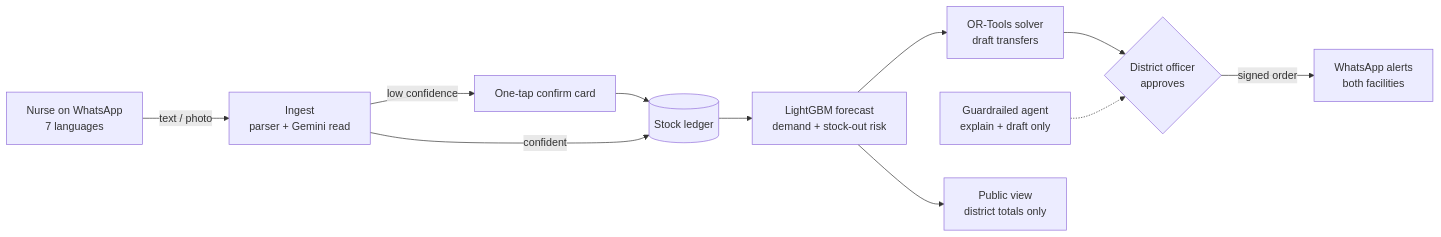
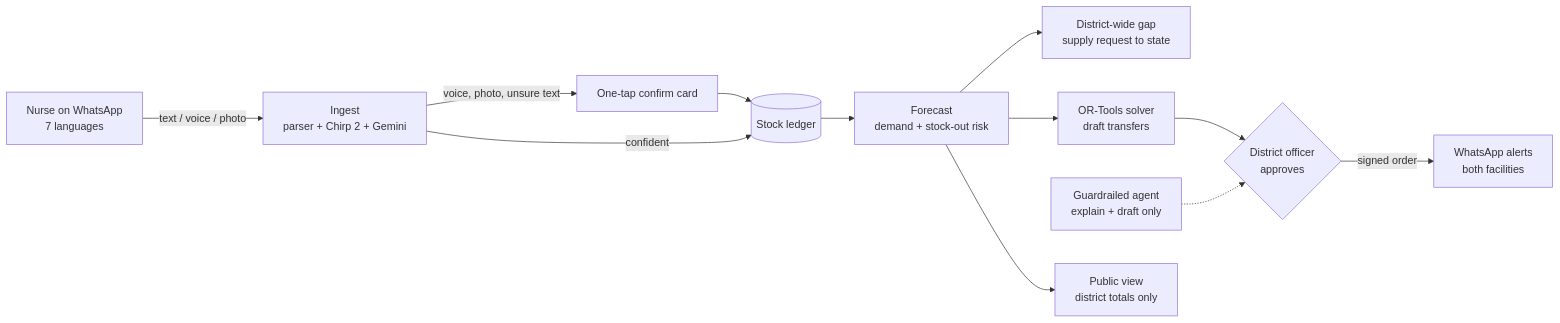
One commit to akshat333-debug/AushadhiNet changed the diagram in README.md. Above: the diagram before and after it, drawn with Mermaid. The commit also changed other lines of this file and 13 other files, not shown here.

````diff
--- a/README.md
+++ b/README.md
@@ -53,13 +53,14 @@
 ```mermaid
 flowchart LR
-  N[Nurse on WhatsApp<br/>7 languages] -->|text / photo| I[Ingest<br/>parser + Gemini read]
-  I -->|low confidence| C[One-tap confirm card]
+  N[Nurse on WhatsApp<br/>7 languages] -->|text / voice / photo| I[Ingest<br/>parser + Chirp 2 + Gemini]
+  I -->|voice, photo, unsure text| C[One-tap confirm card]
   C --> L[(Stock ledger)]
   I -->|confident| L
-  L --> F[LightGBM forecast<br/>demand + stock-out risk]
+  L --> F[Forecast<br/>demand + stock-out risk]
+  F --> E[District-wide gap<br/>supply request to state]
   F --> O[OR-Tools solver<br/>draft transfers]
   O --> A{District officer<br/>approves}
   G[Guardrailed agent<br/>explain + draft only] -.-> A
   A -->|signed order| W[WhatsApp alerts<br/>both facilities]
   F --> P[Public view<br/>district totals only]
 ```
````
